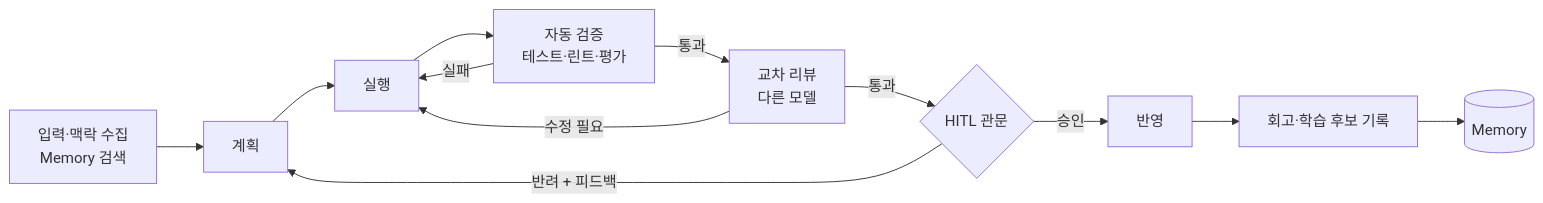
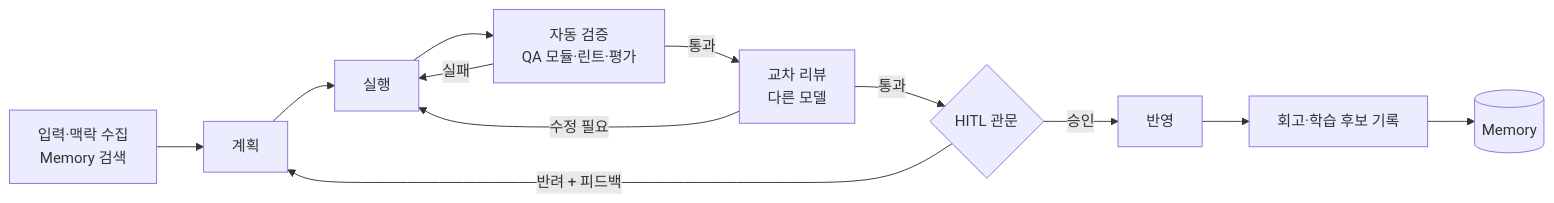
One commit to ysjee141/flywheel changed the eighth of 13 diagrams in plan-draft.md. Above: the diagram before and after it, drawn with Mermaid. The commit also changed other lines of this file and 1 other file, not shown here.

````diff
--- a/plan-draft.md
+++ b/plan-draft.md
@@ -407,14 +475,14 @@
 ```mermaid
 flowchart LR
   I[입력·맥락 수집<br/>Memory 검색] --> P[계획]
   P --> X[실행]
-  X --> V[자동 검증<br/>테스트·린트·평가]
+  X --> V[자동 검증<br/>QA 모듈·린트·평가]
   V -->|실패| X
   V -->|통과| R[교차 리뷰<br/>다른 모델]
   R -->|수정 필요| X
   R -->|통과| H{HITL 관문}
   H -->|반려 + 피드백| P
   H -->|승인| D[반영]
   D --> L[회고·학습 후보 기록]
   L --> MEM[(Memory)]
 ```
````
